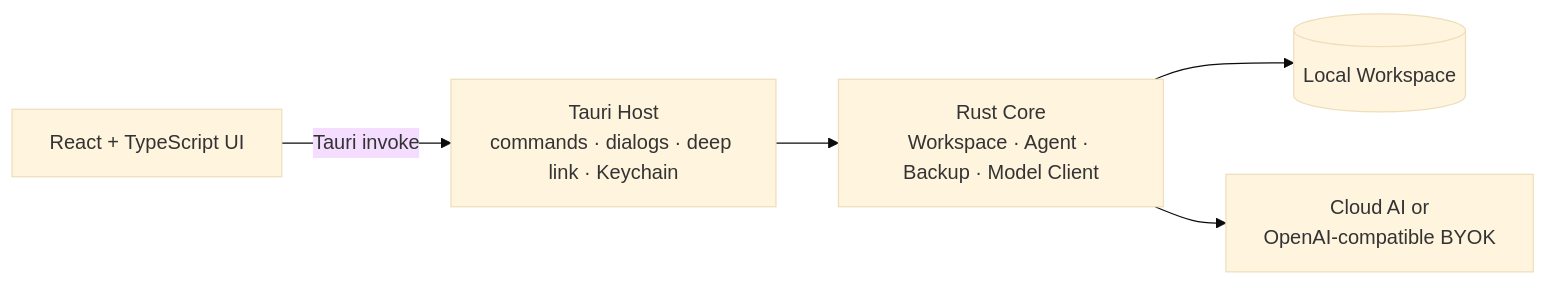
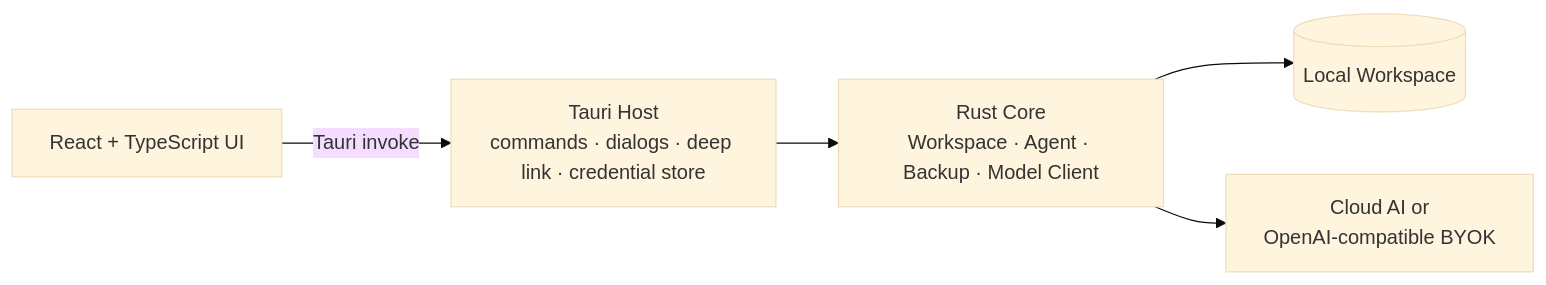
The diagram in README.md (KryptonGao/StudyPulse-Desktop), drawn with Mermaid (base theme) before and after one commit. The commit also changed other lines of this file and 9 other files, not shown here.

````diff
--- a/README.md
+++ b/README.md
@@ -55,13 +55,13 @@
 ```mermaid
 flowchart LR
     UI[React + TypeScript UI]
-    HOST[Tauri Host\ncommands · dialogs · deep link · Keychain]
+    HOST[Tauri Host\ncommands · dialogs · deep link · credential store]
     CORE[Rust Core\nWorkspace · Agent · Backup · Model Client]
     DATA[(Local Workspace)]
     AI[Cloud AI or\nOpenAI-compatible BYOK]
 
     UI -->|Tauri invoke| HOST
     HOST --> CORE
     CORE --> DATA
     CORE --> AI
 ```
````
